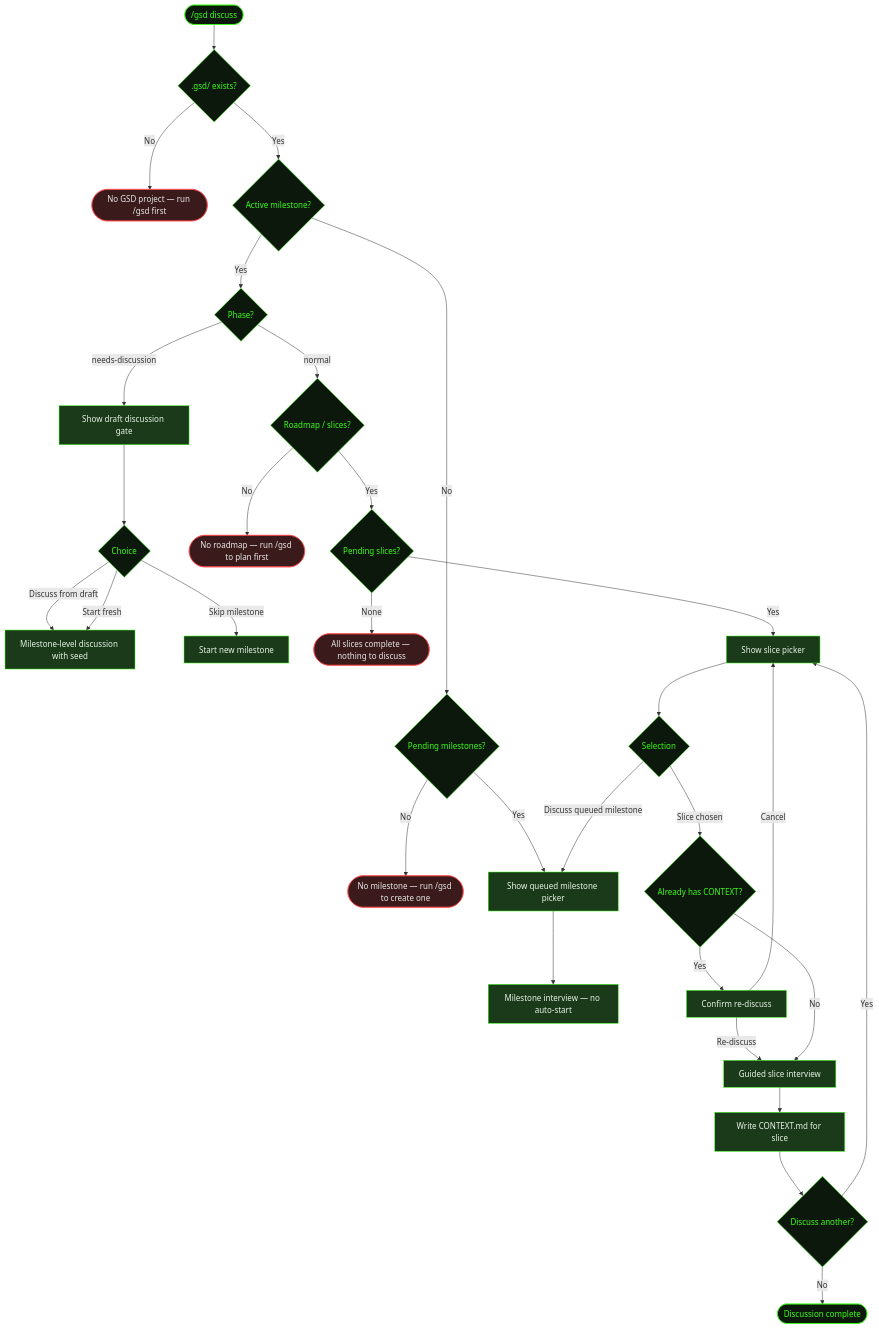
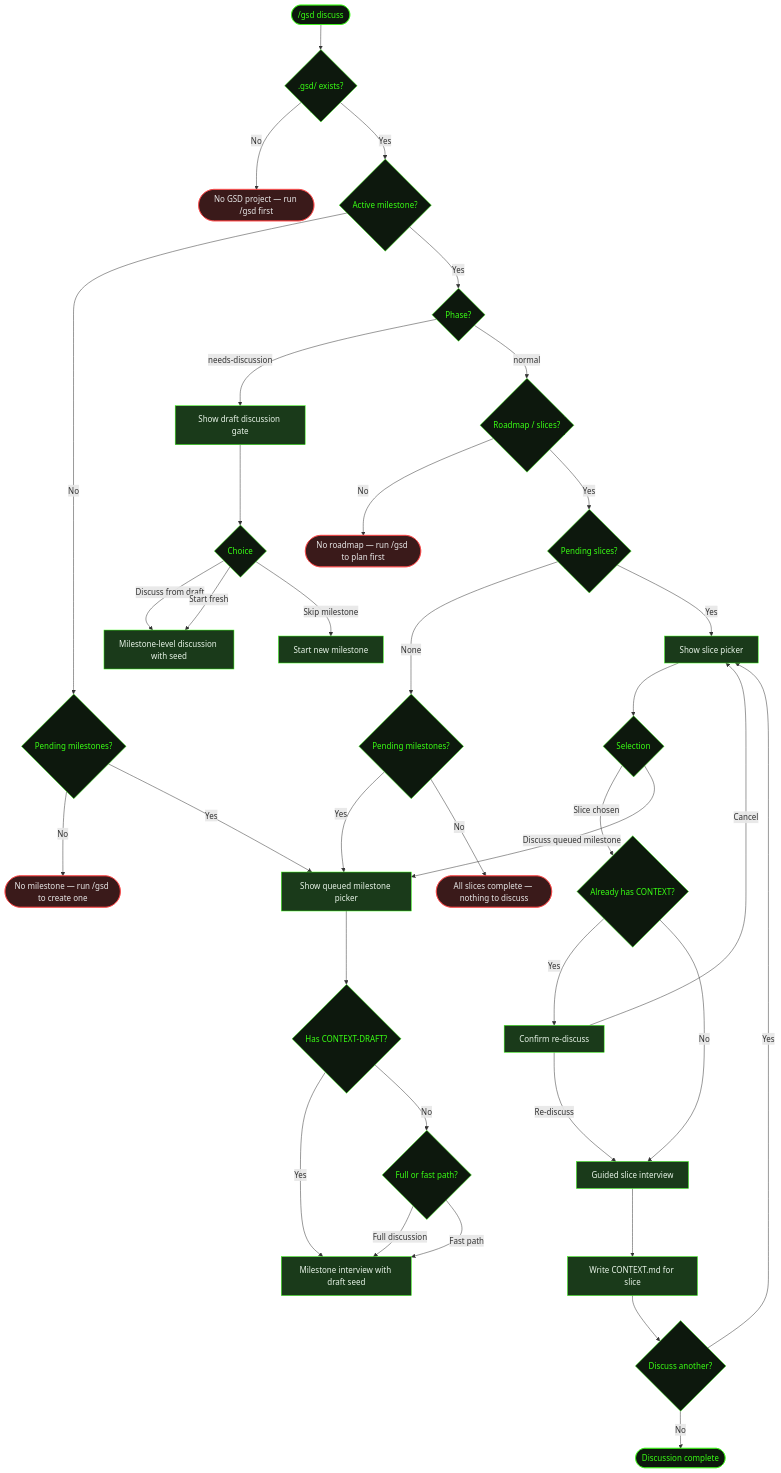
Before and after one commit to shusha-group/gsd2-guide: the diagram in src/content/docs/commands/discuss.mdx, drawn with Mermaid. The commit also changed other lines of this file and 202 other files, not shown here.

````diff
--- a/src/content/docs/commands/discuss.mdx
+++ b/src/content/docs/commands/discuss.mdx
@@ -28,58 +28,67 @@
 ```mermaid
 flowchart TD
     Start(["/gsd discuss"]) --> CheckProject{.gsd/ exists?}
     CheckProject -->|No| NoProject([No GSD project — run /gsd first])
     CheckProject -->|Yes| CheckMilestone{Active milestone?}
     CheckMilestone -->|No| CheckPending2{Pending milestones?}
     CheckPending2 -->|No| NoMilestone([No milestone — run /gsd to create one])
     CheckPending2 -->|Yes| QueuedPicker[Show queued milestone picker]
-    QueuedPicker --> QueuedDiscuss[Milestone interview — no auto-start]
     CheckMilestone -->|Yes| CheckPhase{Phase?}
     CheckPhase -->|needs-discussion| DraftGate[Show draft discussion gate]
     DraftGate --> DraftChoice{Choice}
     DraftChoice -->|Discuss from draft| MilestoneDiscuss[Milestone-level discussion with seed]
     DraftChoice -->|Start fresh| MilestoneDiscuss
     DraftChoice -->|Skip milestone| NewMilestone[Start new milestone]
     CheckPhase -->|normal| CheckRoadmap{Roadmap / slices?}
     CheckRoadmap -->|No| NoRoadmap([No roadmap — run /gsd to plan first])
     CheckRoadmap -->|Yes| CheckPending{Pending slices?}
-    CheckPending -->|None| NoPending([All slices complete — nothing to discuss])
+    CheckPending -->|None| CheckPending3{Pending milestones?}
+    CheckPending3 -->|Yes| QueuedPicker
+    CheckPending3 -->|No| NoPending([All slices complete — nothing to discuss])
     CheckPending -->|Yes| Picker[Show slice picker]
     Picker --> Select{Selection}
     Select -->|Slice chosen| AlreadyDiscussed{Already has CONTEXT?}
     Select -->|Discuss queued milestone| QueuedPicker
     AlreadyDiscussed -->|Yes| ReDiscussConfirm[Confirm re-discuss]
     ReDiscussConfirm -->|Cancel| Picker
     ReDiscussConfirm -->|Re-discuss| Interview
     AlreadyDiscussed -->|No| Interview[Guided slice interview]
     Interview --> WriteCtx[Write CONTEXT.md for slice]
     WriteCtx --> More{Discuss another?}
     More -->|Yes| Picker
     More -->|No| Done([Discussion complete])
+    QueuedPicker --> HasDraft{Has CONTEXT-DRAFT?}
+    HasDraft -->|Yes| QueuedDiscuss[Milestone interview with draft seed]
+    HasDraft -->|No| FastPathChoice{Full or fast path?}
+    FastPathChoice -->|Full discussion| QueuedDiscuss
+    FastPathChoice -->|Fast path| QueuedDiscuss
 
     style Start fill:#0d180d,stroke:#39ff14,color:#39ff14
     style CheckProject fill:#0d180d,stroke:#39ff14,color:#39ff14
     style CheckMilestone fill:#0d180d,stroke:#39ff14,color:#39ff14
     style CheckPhase fill:#0d180d,stroke:#39ff14,color:#39ff14
     style DraftChoice fill:#0d180d,stroke:#39ff14,color:#39ff14
     style AlreadyDiscussed fill:#0d180d,stroke:#39ff14,color:#39ff14
     style CheckRoadmap fill:#0d180d,stroke:#39ff14,color:#39ff14
     style CheckPending fill:#0d180d,stroke:#39ff14,color:#39ff14
     style CheckPending2 fill:#0d180d,stroke:#39ff14,color:#39ff14
+    style CheckPending3 fill:#0d180d,stroke:#39ff14,color:#39ff14
     style Select fill:#0d180d,stroke:#39ff14,color:#39ff14
     style More fill:#0d180d,stroke:#39ff14,color:#39ff14
+    style HasDraft fill:#0d180d,stroke:#39ff14,color:#39ff14
+    style FastPathChoice fill:#0d180d,stroke:#39ff14,color:#39ff14
     style NoProject fill:#3a1a1a,stroke:#ff4444,color:#e8e8e8
     style NoMilestone fill:#3a1a1a,stroke:#ff4444,color:#e8e8e8
     style NoRoadmap fill:#3a1a1a,stroke:#ff4444,color:#e8e8e8
     style NoPending fill:#3a1a1a,stroke:#ff4444,color:#e8e8e8
     style DraftGate fill:#1a3a1a,stroke:#39ff14,color:#e8f4e8
     style MilestoneDiscuss fill:#1a3a1a,stroke:#39ff14,color:#e8f4e8
     style NewMilestone fill:#1a3a1a,stroke:#39ff14,color:#e8f4e8
     style ReDiscussConfirm fill:#1a3a1a,stroke:#39ff14,color:#e8f4e8
     style Picker fill:#1a3a1a,stroke:#39ff14,color:#e8f4e8
     style Interview fill:#1a3a1a,stroke:#39ff14,color:#e8f4e8
     style WriteCtx fill:#1a3a1a,stroke:#39ff14,color:#e8f4e8
     style QueuedPicker fill:#1a3a1a,stroke:#39ff14,color:#e8f4e8
     style QueuedDiscuss fill:#1a3a1a,stroke:#39ff14,color:#e8f4e8
     style Done fill:#0d180d,stroke:#39ff14,color:#39ff14
 ```
````
